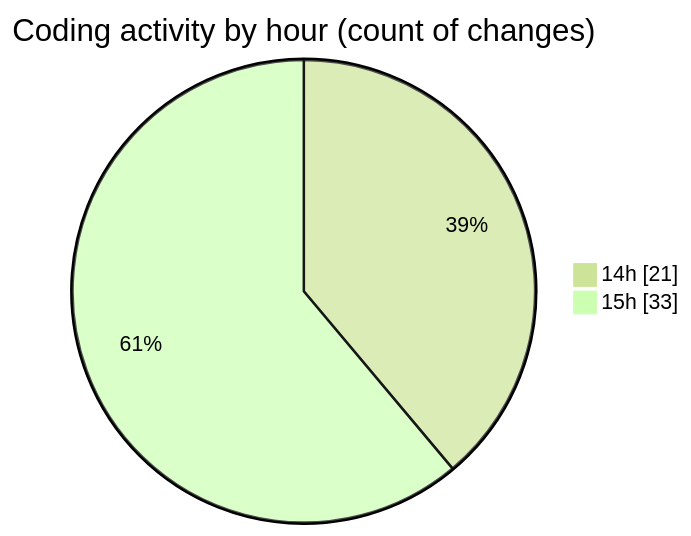
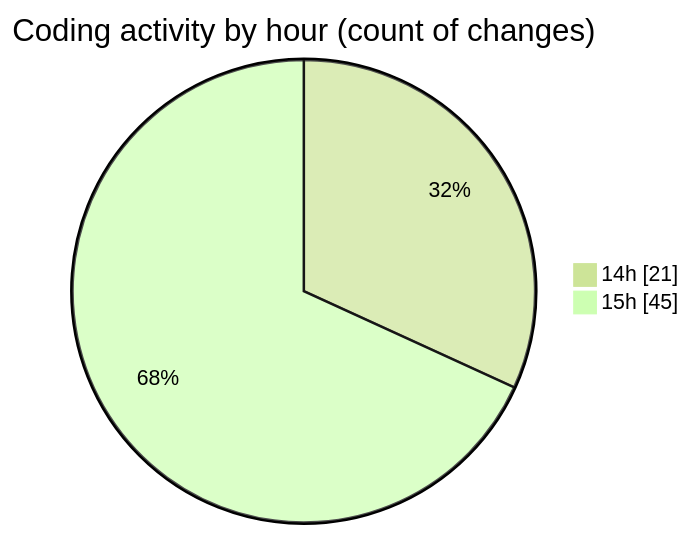
Before and after one commit to Ritupan-Deka/code-tracking: the second of 2 diagrams in 2025-05-24/projects/README.md, drawn with Mermaid (forest theme). The commit also changed other lines of this file and 1 other file, not shown here.

````diff
--- a/2025-05-24/projects/README.md
+++ b/2025-05-24/projects/README.md
@@ -33,6 +33,6 @@
 ```mermaid
 pie showData
 title Coding activity by hour (count of changes)
 "14h" : 21
-"15h" : 33
+"15h" : 45
 ```
````
